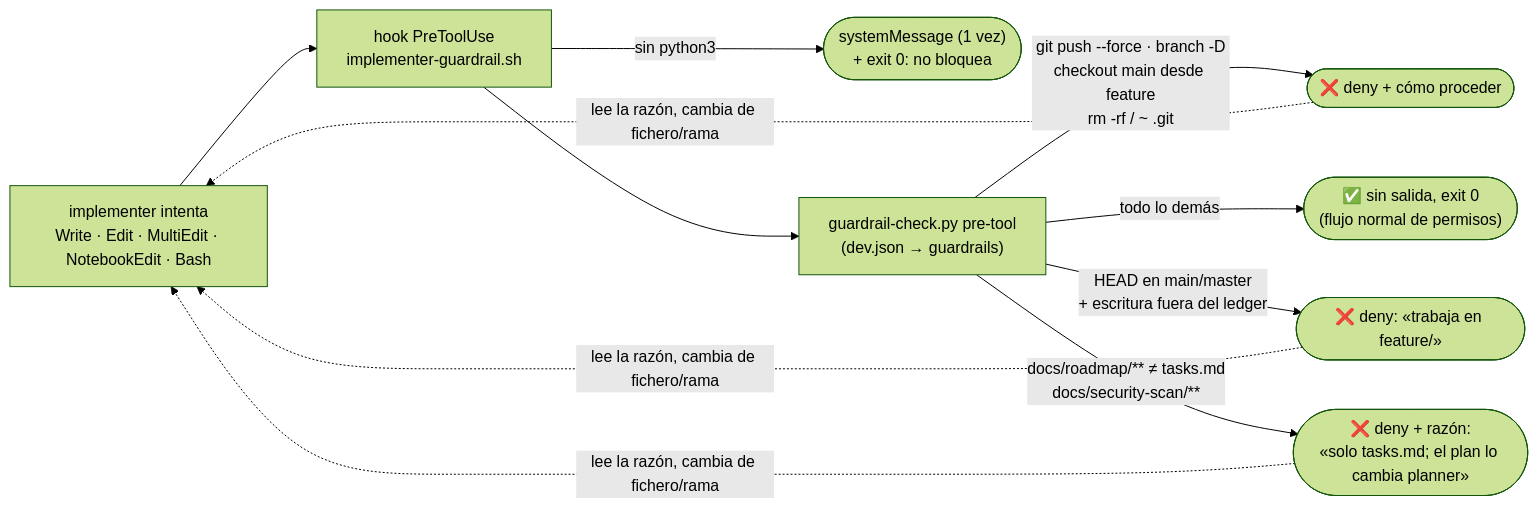
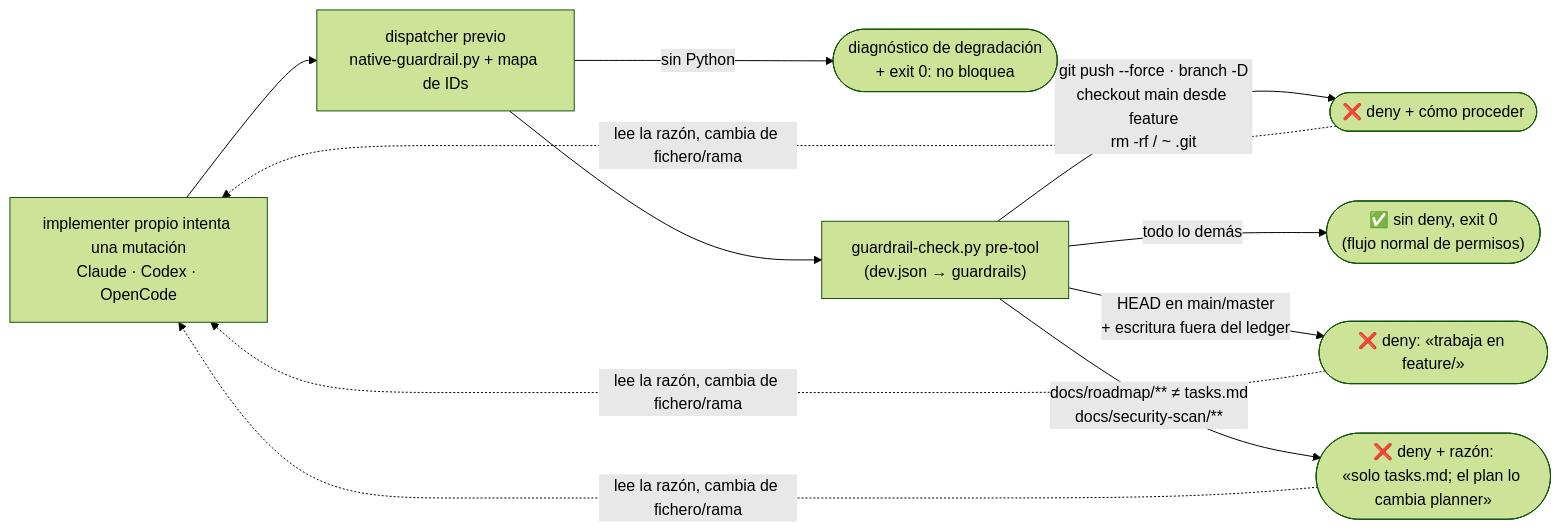
Before and after one commit to daycry/custom-agents: diagram 12 of 16 in docs/FLOWS.md, drawn with Mermaid (forest theme). The commit also changed other lines of this file and 17 other files, not shown here.

````diff
--- a/docs/FLOWS.md
+++ b/docs/FLOWS.md
@@ -369,11 +374,11 @@
 ```mermaid
 flowchart LR
-    T["implementer intenta<br/>Write · Edit · MultiEdit · NotebookEdit · Bash"] --> W["hook PreToolUse<br/>implementer-guardrail.sh"]
-    W -->|"sin python3"| M(["systemMessage (1 vez)<br/>+ exit 0: no bloquea"])
+    T["implementer propio intenta una mutación<br/>Claude · Codex · OpenCode"] --> W["dispatcher previo<br/>native-guardrail.py + mapa de IDs"]
+    W -->|"sin Python"| M(["diagnóstico de degradación<br/>+ exit 0: no bloquea"])
     W --> G["guardrail-check.py pre-tool<br/>(dev.json → guardrails)"]
     G -->|"docs/roadmap/** ≠ tasks.md<br/>docs/security-scan/**"| D(["❌ deny + razón:<br/>«solo tasks.md; el plan lo cambia planner»"])
     G -->|"HEAD en main/master<br/>+ escritura fuera del ledger"| D2(["❌ deny: «trabaja en feature/<slug>»"])
     G -->|"git push --force · branch -D<br/>checkout main desde feature<br/>rm -rf / ~ .git"| D3(["❌ deny + cómo proceder"])
-    G -->|"todo lo demás"| A(["✅ sin salida, exit 0<br/>(flujo normal de permisos)"])
+    G -->|"todo lo demás"| A(["✅ sin deny, exit 0<br/>(flujo normal de permisos)"])
     D & D2 & D3 -.->|"lee la razón, cambia de fichero/rama"| T
 ```
````
